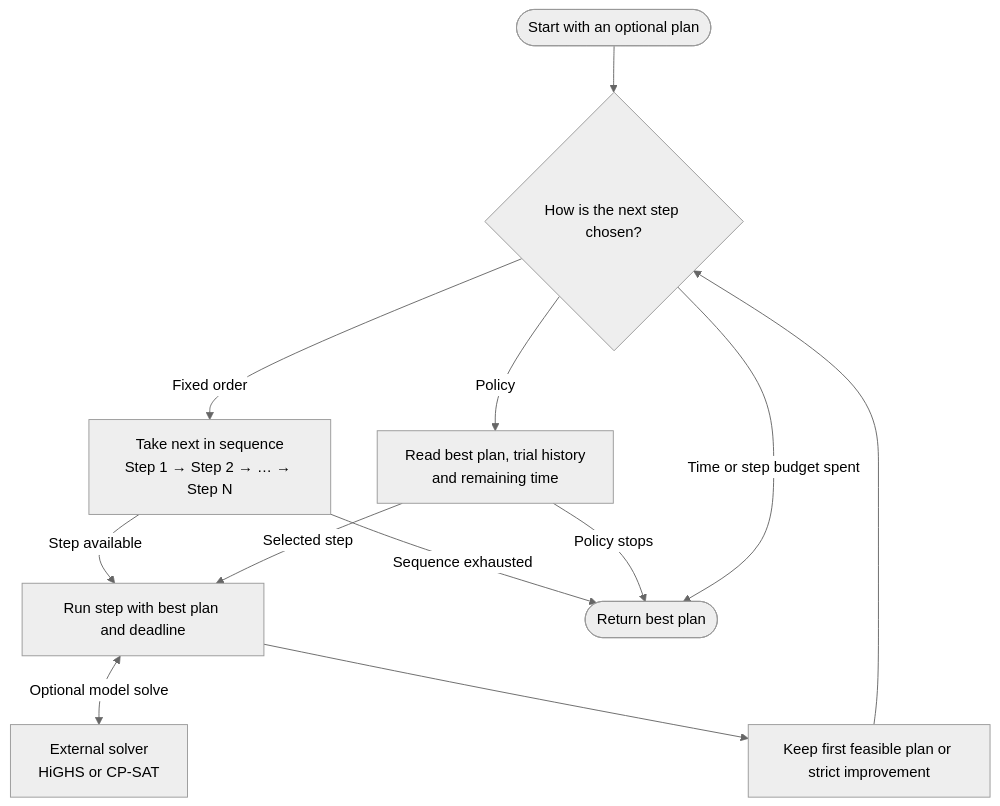
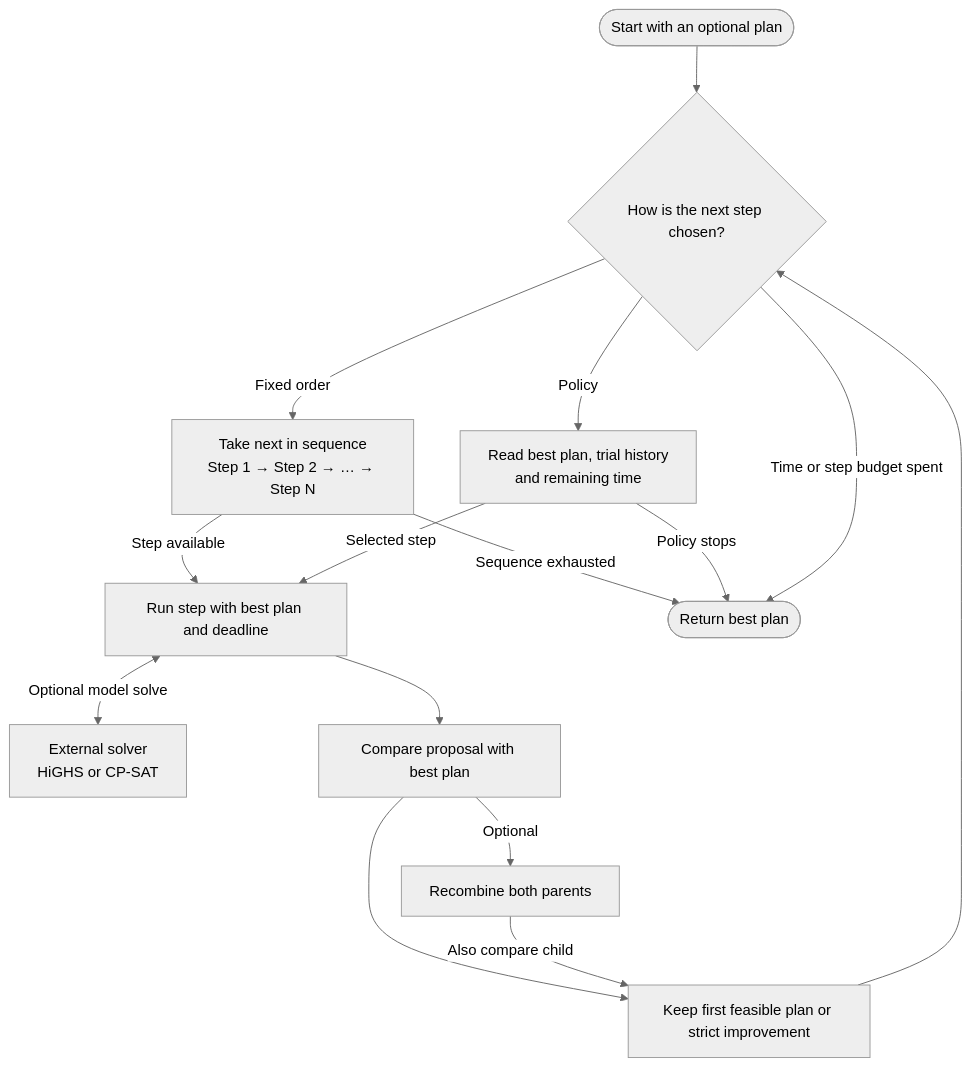
One commit to kmmbvnr/solver changed the diagram in README.md. Above: the diagram before and after it, drawn with Mermaid (neutral theme). The commit also changed other lines of this file, not shown here.

````diff
--- a/README.md
+++ b/README.md
@@ -11,14 +11,17 @@
 ```mermaid
 flowchart TD
     Start(["Start with an optional plan"]) --> Pick{"How is the next step chosen?"}
     Pick -->|Fixed order| Next["Take next in sequence<br/>Step 1 → Step 2 → … → Step N"]
     Pick -->|Policy| Choose["Read best plan, trial history<br/>and remaining time"]
     Next -->|Step available| Run["Run step with best plan and deadline"]
     Choose -->|Selected step| Run
     Run <-->|Optional model solve| Ext["External solver<br/>HiGHS or CP-SAT"]
-    Run --> Keep["Keep first feasible plan or strict improvement"]
+    Run --> Select["Compare proposal with best plan"]
+    Select --> Keep["Keep first feasible plan or strict improvement"]
+    Select -->|Optional| Mix["Recombine both parents"]
+    Mix -->|Also compare child| Keep
     Keep --> Pick
     Next -->|Sequence exhausted| End(["Return best plan"])
     Choose -->|Policy stops| End
     Pick -->|Time or step budget spent| End
 ```
````
